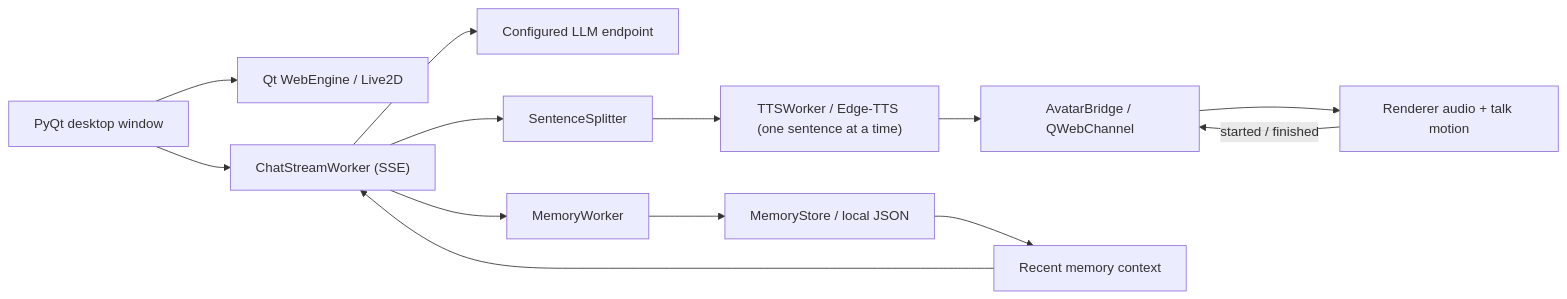
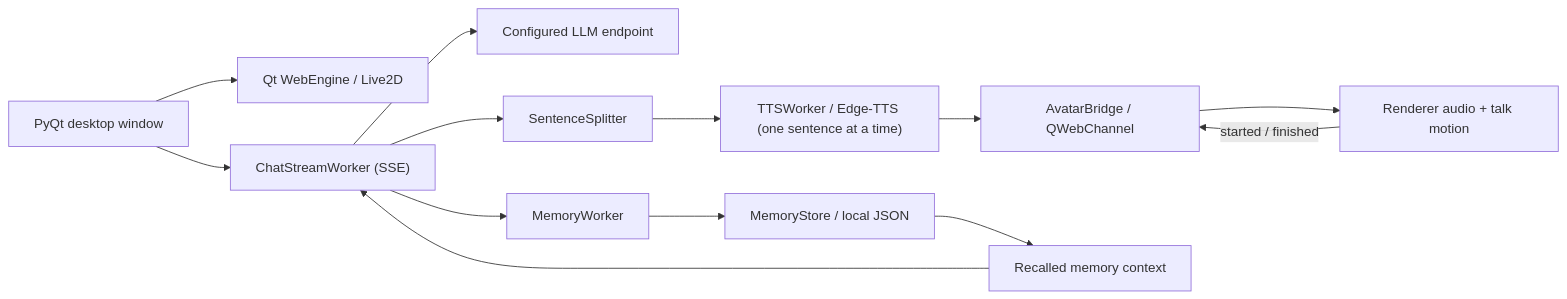
Before and after one commit to Mike-stone12/ai-companion: the diagram in README.md, drawn with Mermaid. The commit also changed other lines of this file and 1 other file, not shown here.

````diff
--- a/README.md
+++ b/README.md
@@ -52,15 +54,15 @@
 ```mermaid
 flowchart LR
     UI["PyQt desktop window"] --> View["Qt WebEngine / Live2D"]
     UI --> Chat["ChatStreamWorker (SSE)"]
     Chat --> API["Configured LLM endpoint"]
     Chat --> Split["SentenceSplitter"]
     Split --> TTS["TTSWorker / Edge-TTS (one sentence at a time)"]
     TTS --> Bridge["AvatarBridge / QWebChannel"]
     Bridge --> Audio["Renderer audio + talk motion"]
     Audio -- "started / finished" --> Bridge
     Chat --> Memory["MemoryWorker"]
     Memory --> Store["MemoryStore / local JSON"]
-    Store --> Context["Recent memory context"]
+    Store --> Context["Recalled memory context"]
     Context --> Chat
 ```
````
